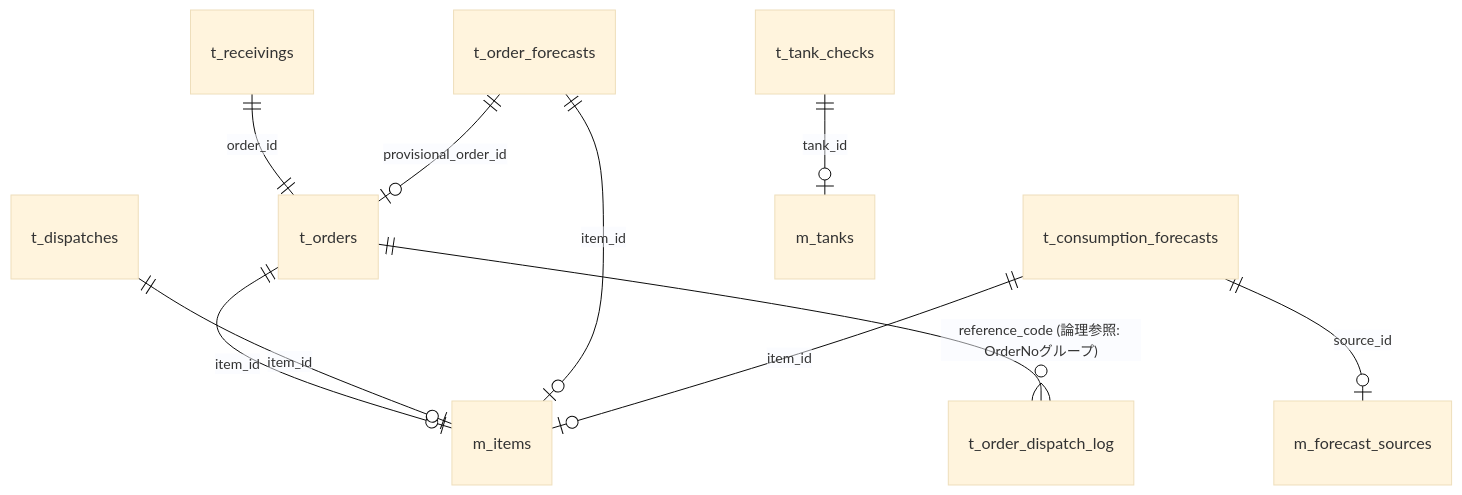
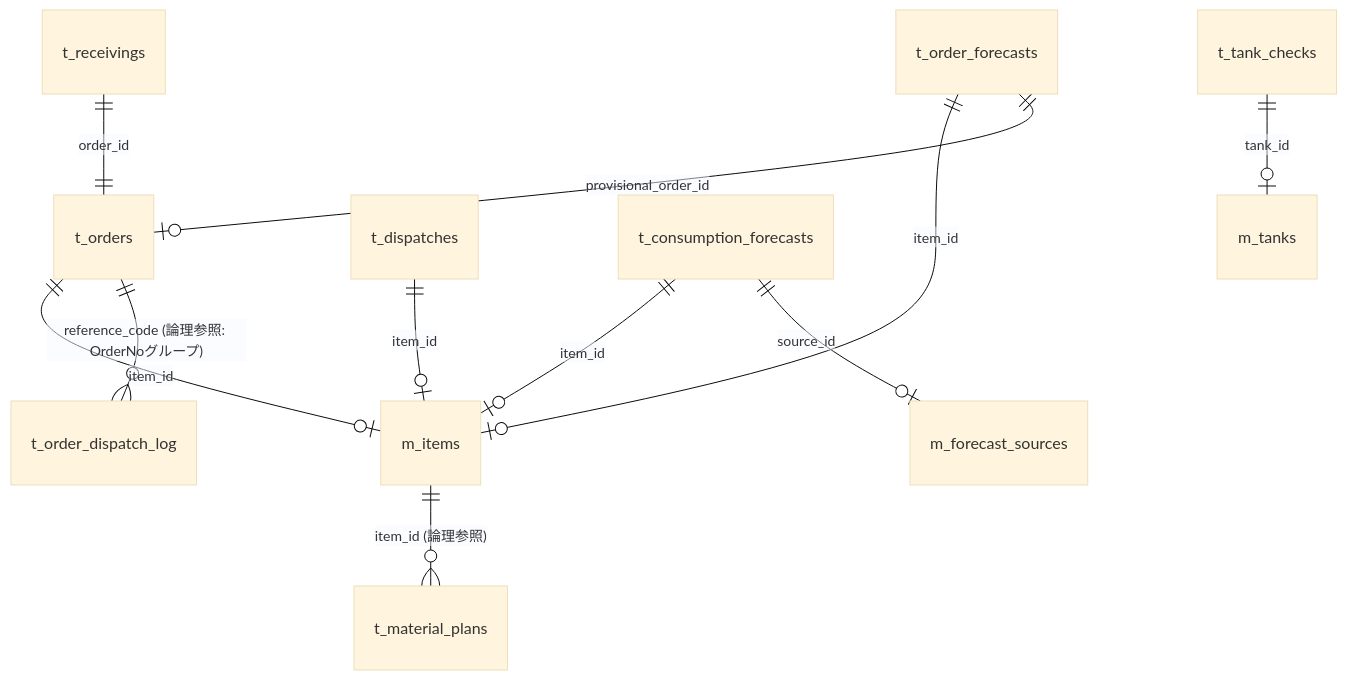
The fourth of 7 diagrams in .kiro/docs/db/ER図.md (n-nonaka-oim/Nonaka-kiro), drawn with Mermaid (base theme) before and after one commit. The commit also changed other lines of this file and 7 other files, not shown here.

````diff
--- a/.kiro/docs/db/ER図.md
+++ b/.kiro/docs/db/ER図.md
@@ -63,12 +63,13 @@
 ```mermaid
 erDiagram
     t_orders ||--o| m_items : "item_id"
     t_receivings ||--|| t_orders : "order_id"
     t_dispatches ||--o| m_items : "item_id"
     t_order_forecasts ||--o| m_items : "item_id"
     t_order_forecasts ||--o| t_orders : "provisional_order_id"
     t_consumption_forecasts ||--o| m_items : "item_id"
     t_consumption_forecasts ||--o| m_forecast_sources : "source_id"
     t_tank_checks ||--o| m_tanks : "tank_id"
     t_orders ||--o{ t_order_dispatch_log : "reference_code (論理参照: OrderNoグループ)"
+    m_items ||--o{ t_material_plans : "item_id (論理参照)"
 ```
````
